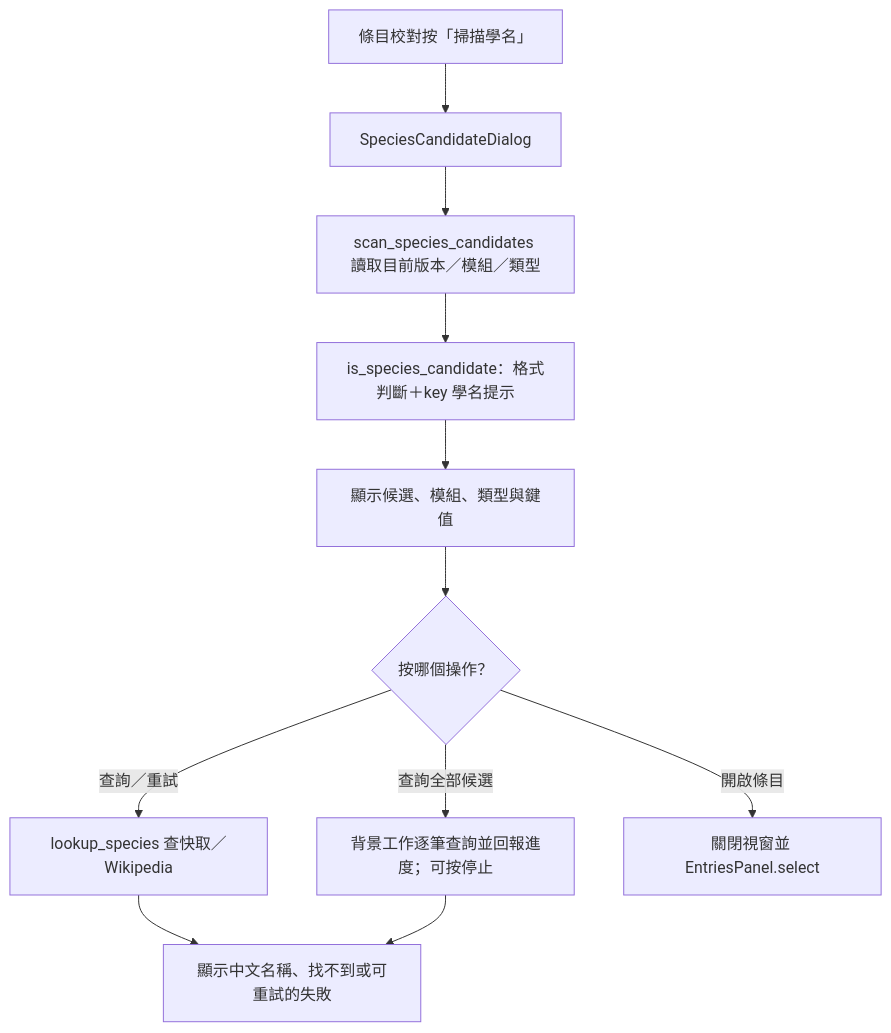
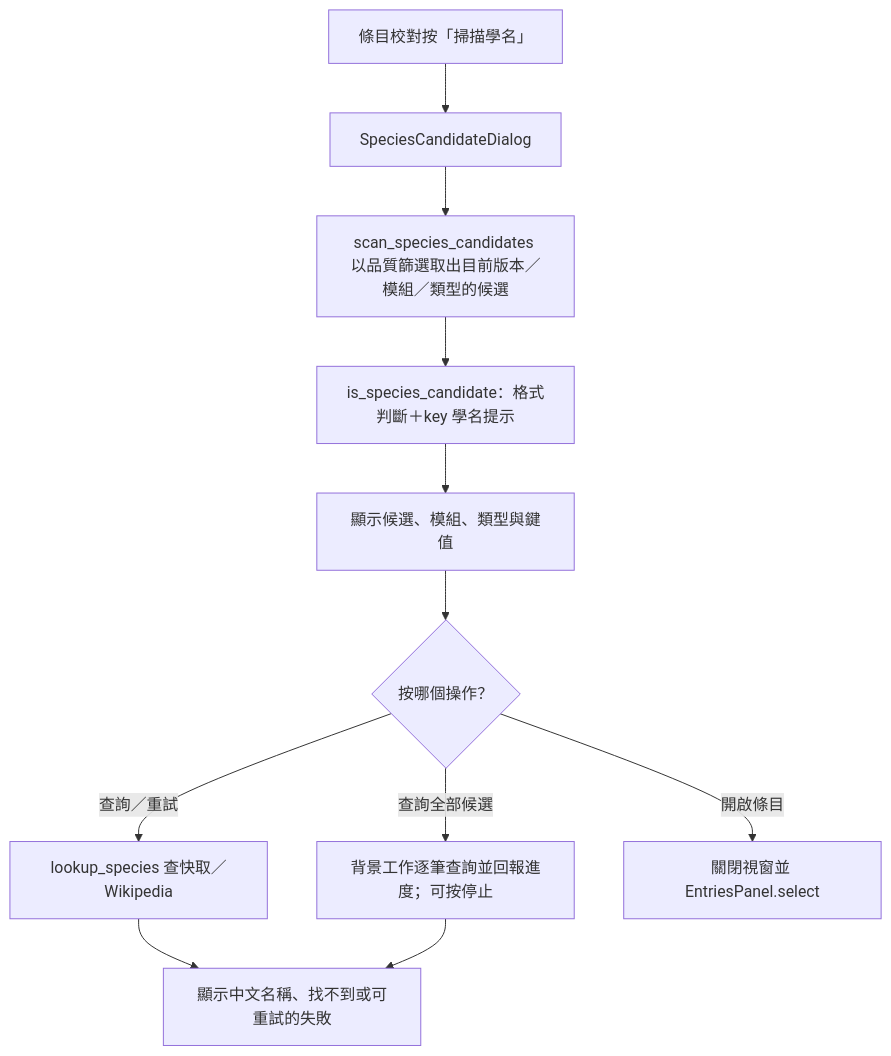
Before and after one commit to jlin53882/Minecraft-translate: the fourth of 7 diagrams in docs/page_flows/moddb.md, drawn with Mermaid. The commit also changed other lines of this file and 15 other files, not shown here.

First line of the commit message:
feat(moddb): species tab in entry editor, paged unlimited scan, Retry-After

````diff
--- a/docs/page_flows/moddb.md
+++ b/docs/page_flows/moddb.md
@@ -81,13 +81,13 @@
 ```mermaid
 flowchart TD
     A["條目校對按「掃描學名」"] --> B["SpeciesCandidateDialog"]
-    B --> C["scan_species_candidates 讀取目前版本／模組／類型"]
+    B --> C["scan_species_candidates 以品質篩選取出目前版本／模組／類型的候選"]
     C --> D["is_species_candidate：格式判斷＋key 學名提示"]
     D --> E["顯示候選、模組、類型與鍵值"]
     E --> F{"按哪個操作？"}
     F -- "查詢／重試" --> G["lookup_species 查快取／Wikipedia"]
     F -- "查詢全部候選" --> H["背景工作逐筆查詢並回報進度；可按停止"]
     F -- "開啟條目" --> I["關閉視窗並 EntriesPanel.select"]
     G --> J["顯示中文名稱、找不到或可重試的失敗"]
     H --> J
 ```
````
